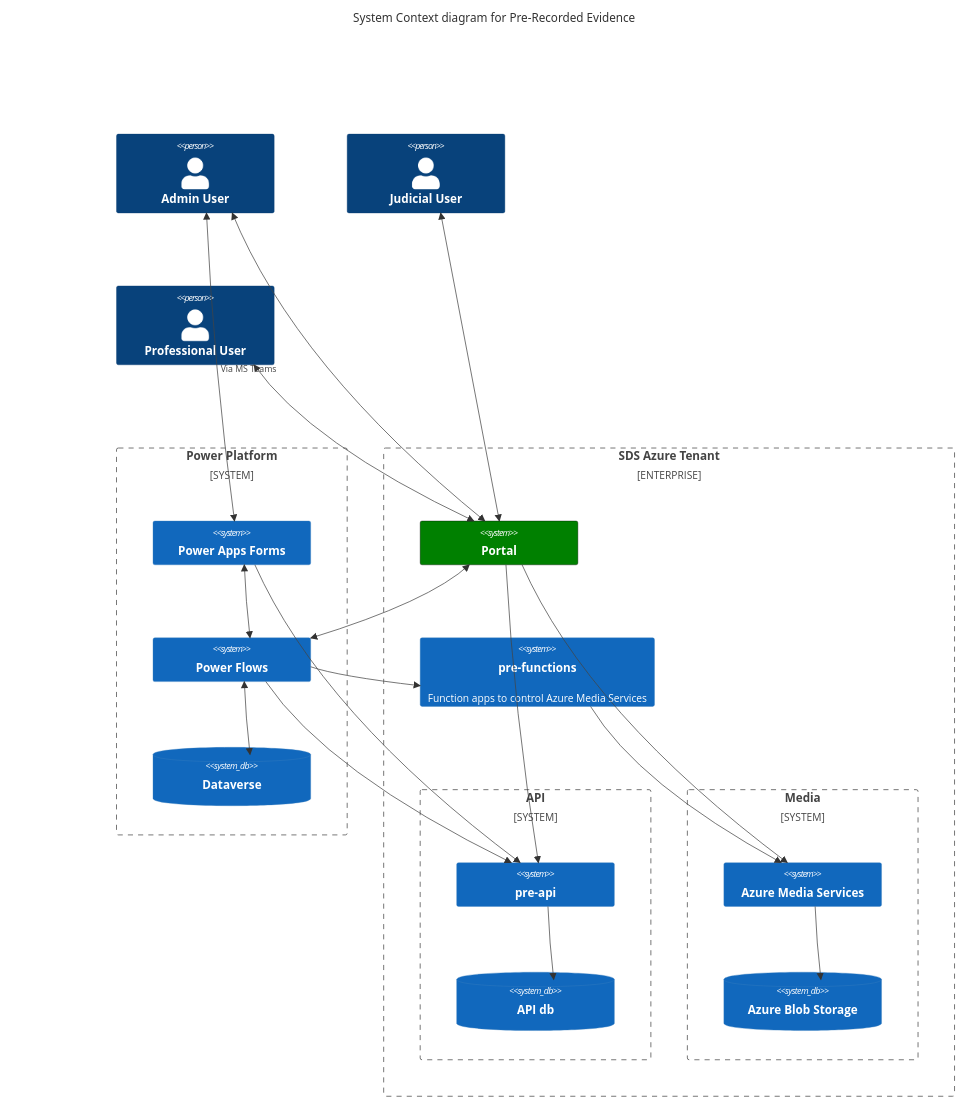
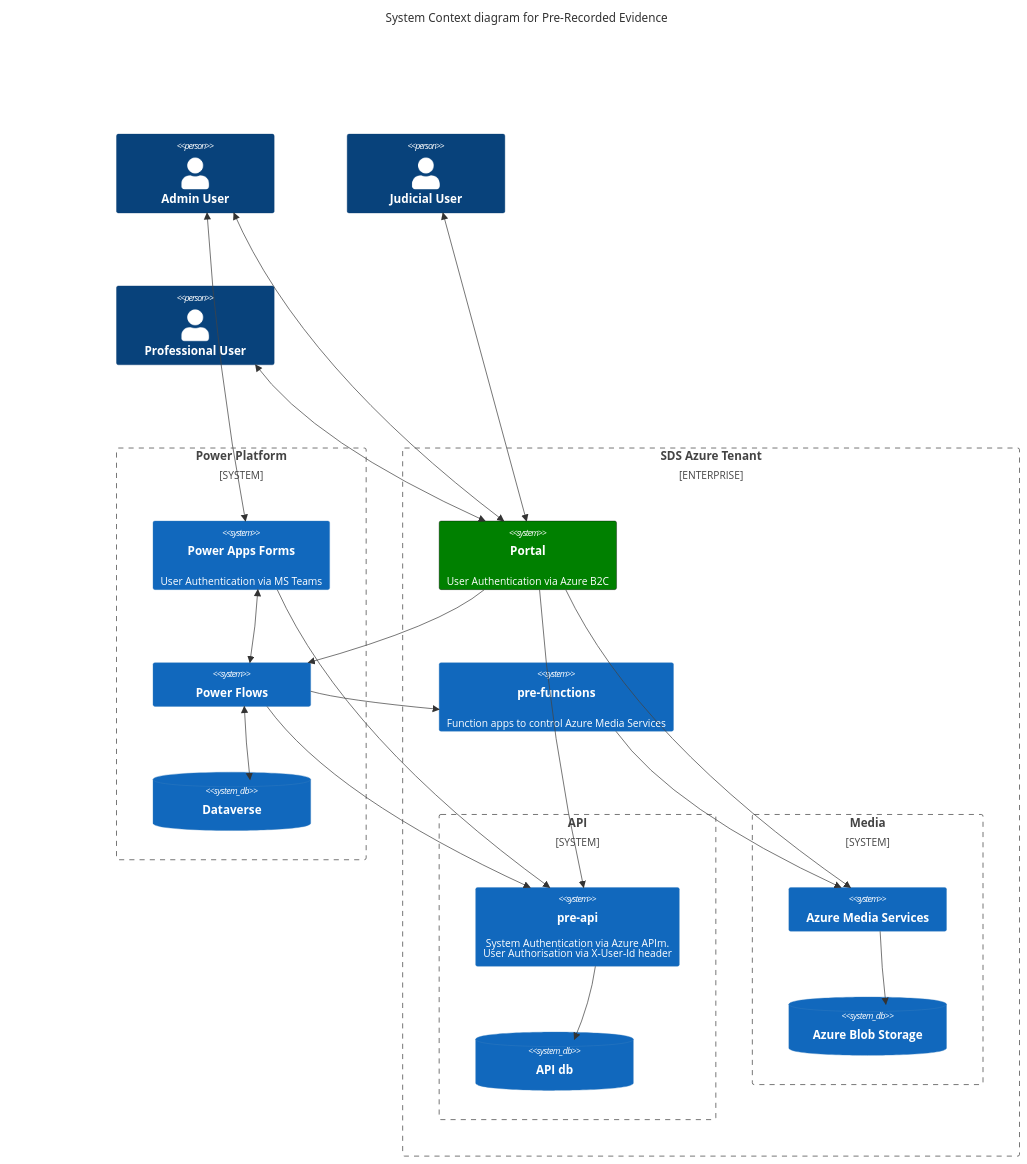
The diagram in README.md (hmcts/pre-portal2), drawn with Mermaid before and after one commit.

Commit message:
Couple of Readme updates

````diff
--- a/README.md
+++ b/README.md
@@ -15,51 +15,51 @@
 ```mermaid
     C4Context
       title System Context diagram for Pre-Recorded Evidence
 
       Person(adminUser, "Admin User", "")
       Person(judicialUser, "Judicial User", "")
       Person(professionalUser, "Professional User", "")
 
 
       System_Boundary(PowerPlatform, "Power Platform") {
-        System(PowerApps, "Power Apps Forms", "")
+        System(PowerApps, "Power Apps Forms", "User Authentication via MS Teams")
         System(PowerFlows, "Power Flows", "")
         SystemDb(Dataverse, "Dataverse", "")
       }
 
-      Enterprise_Boundary(a0, "SDS Azure Tenant") {
-        System(Portal, "Portal", "")
+      Enterprise_Boundary(a0, "SDS Azure Tenant",) {
+        System(Portal, "Portal", "User Authentication via Azure B2C")
 
         System(function, "pre-functions", "Function apps to control Azure Media Services")
 
         System_Boundary(api, "API") {
-            System(api, "pre-api")
+            System(api, "pre-api", "System Authentication via Azure APIm.<br/>User Authorisation via X-User-Id header")
             SystemDb(db, "API db")
         }
 
         System_Boundary(media, "Media") {
             System(ams, "Azure Media Services")
             SystemDb(blob, "Azure Blob Storage")
         }
 
       }
 
       BiRel(judicialUser, Portal, "")
       BiRel(adminUser, Portal, "")
-      BiRel(adminUser, PowerApps, "Via MS Teams")
+      BiRel(adminUser, PowerApps, "")
       BiRel(professionalUser, Portal, "")
       BiRel(PowerApps, PowerFlows, "")
-      BiRel(Portal, PowerFlows, "")
+      Rel(Portal, PowerFlows, "")
       Rel(Portal, ams, "")
       Rel(Portal, api, "")
       BiRel(PowerFlows, Dataverse, "")
       Rel(PowerApps, api, "")
       Rel(PowerFlows, api, "")
       Rel(PowerFlows, function, "")
       Rel(api, db, "")
       Rel(ams, blob, "")
       Rel(function, ams, "")
       UpdateElementStyle(Portal,  $bgColor="green", $borderColor="black")
       UpdateElementStyle(PowerPlatform)
       UpdateLayoutConfig($c4ShapeInRow="3", $c4BoundaryInRow="1")
 ```
````
